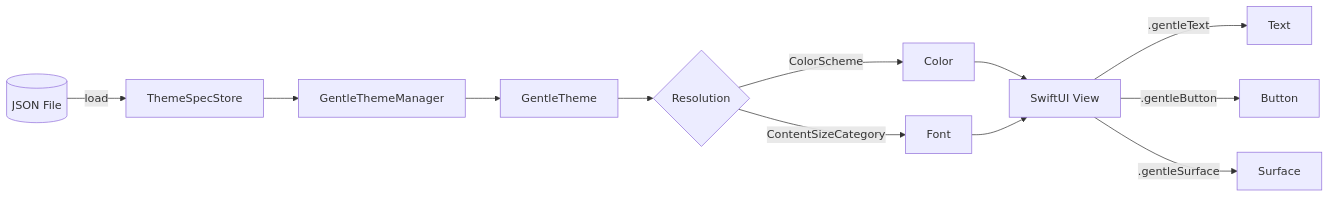
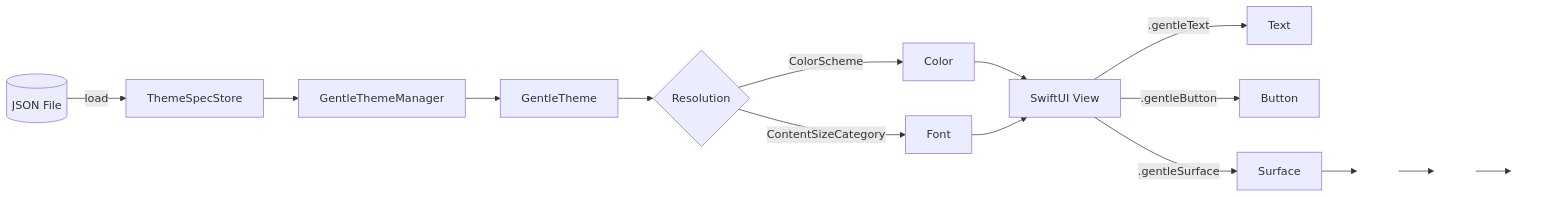
The third of 3 diagrams in README.md (gentle-giraffe-apps/GentleDesignSystem), drawn with Mermaid before and after one commit. The commit also changed other lines of this file, not shown here.

Commit message:
doc: readme.md: fix mermaid diagrams

````diff
--- a/README.md
+++ b/README.md
@@ -154,17 +164,27 @@
 ```mermaid
 flowchart LR
     JSON[(JSON File)] -->|load| Store[ThemeSpecStore]
     Store --> Manager[GentleThemeManager]
     Manager --> Theme[GentleTheme]
 
     Theme --> Resolve{Resolution}
     Resolve -->|ColorScheme| ResolvedColor[Color]
     Resolve -->|ContentSizeCategory| ResolvedFont[Font]
 
     ResolvedColor --> View[SwiftUI View]
     ResolvedFont --> View
 
     View -->|.gentleText| Text
     View -->|.gentleButton| Button
     View -->|.gentleSurface| Surface
+
+    %% --- Spacer nodes to force extra bottom height ---
+    SpacerA[" "]:::spacer
+    SpacerB[" "]:::spacer
+    SpacerC[" "]:::spacer
+    Surface --> SpacerA
+    SpacerA --> SpacerB
+    SpacerB --> SpacerC
+
+    classDef spacer fill:transparent,stroke:transparent,color:transparent;
 ```
````
